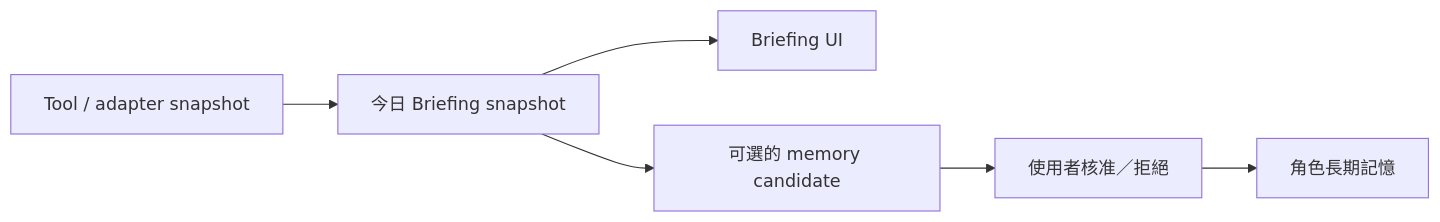
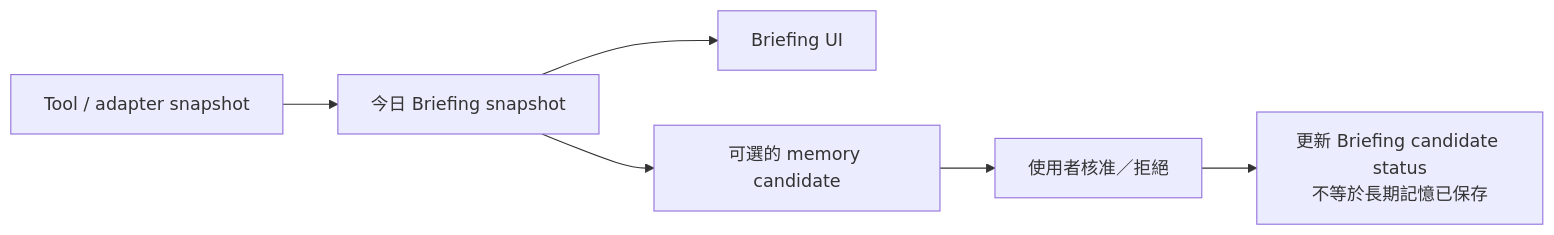
Before and after one commit to lulu930128/desktop-agent-runtime: the fourth of 4 diagrams in docs/architecture/RuntimeArchitecture.md, drawn with Mermaid. The commit also changed other lines of this file and 12 other files, not shown here.

First line of the commit message:
docs(architecture): reconcile Core ownership and research boundaries

````diff
--- a/docs/architecture/RuntimeArchitecture.md
+++ b/docs/architecture/RuntimeArchitecture.md
@@ -225,8 +257,8 @@
 ```mermaid
 flowchart LR
     Adapter["Tool / adapter snapshot"] --> Snapshot["今日 Briefing snapshot"]
     Snapshot --> Dashboard["Briefing UI"]
     Snapshot --> Candidate["可選的 memory candidate"]
     Candidate --> Review["使用者核准／拒絕"]
-    Review --> LongTerm["角色長期記憶"]
+    Review --> CandidateStatus["更新 Briefing candidate status<br/>不等於長期記憶已保存"]
 ```
````
